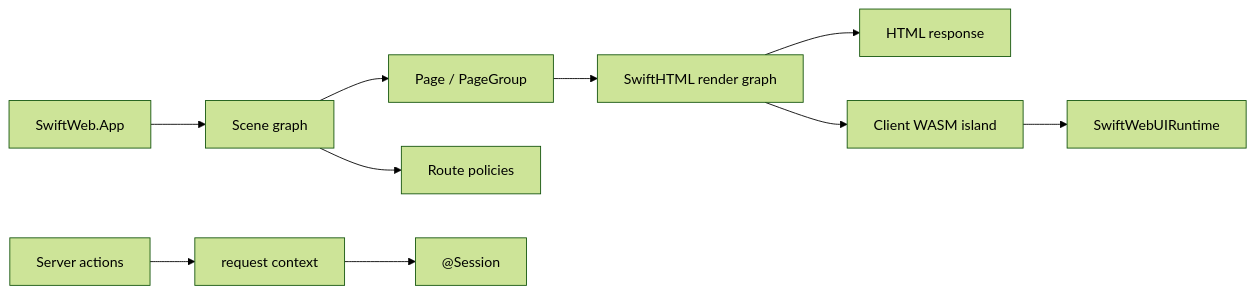
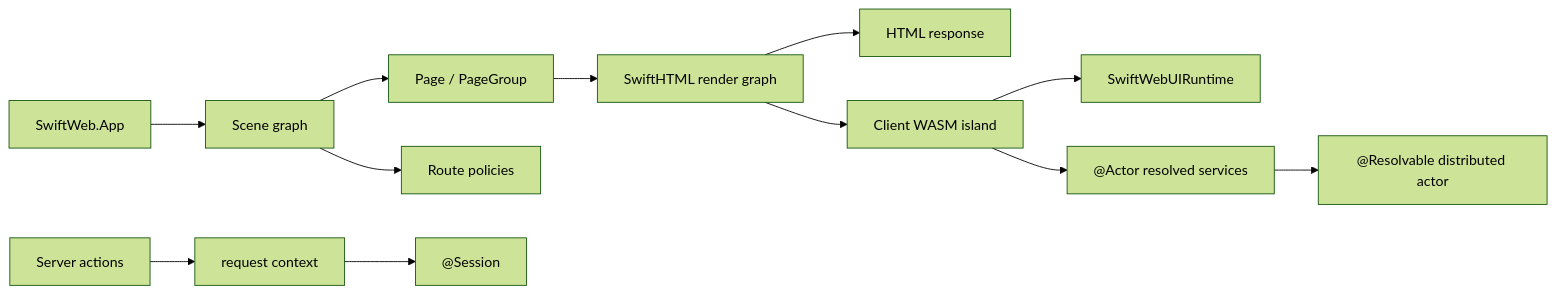
One commit to 1amageek/swift-web changed the first of 5 diagrams in README.md. Above: the diagram before and after it, drawn with Mermaid (forest theme). The commit also changed other lines of this file and 35 other files, not shown here.

````diff
--- a/README.md
+++ b/README.md
@@ -10,12 +10,14 @@
 ```mermaid
 flowchart LR
   A["SwiftWeb.App"] --> B["Scene graph"]
   B --> C["Page / PageGroup"]
   B --> D["Route policies"]
   C --> E["SwiftHTML render graph"]
   E --> F["HTML response"]
   E --> G["Client WASM island"]
   G --> H["SwiftWebUIRuntime"]
+  G --> L["@Actor resolved services"]
+  L --> M["@Resolvable distributed actor"]
   I["Server actions"] --> J["request context"]
   J --> K["@Session"]
 ```
````
